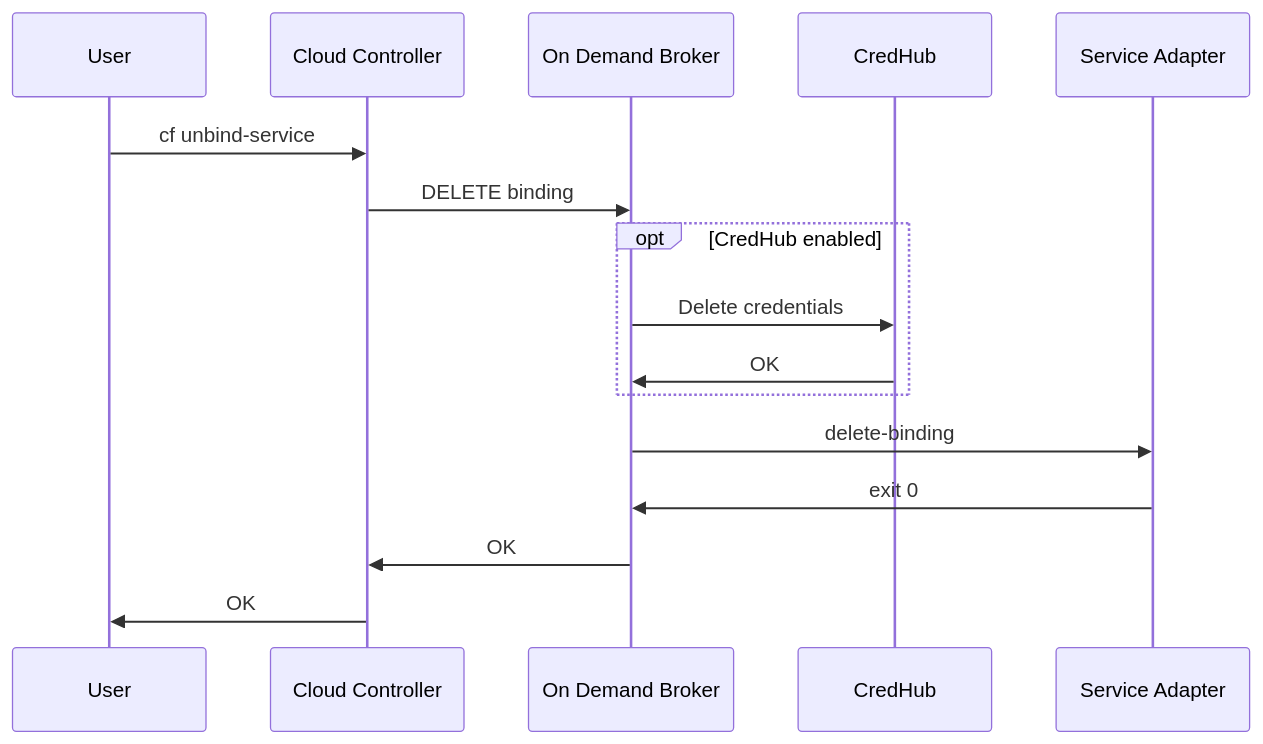
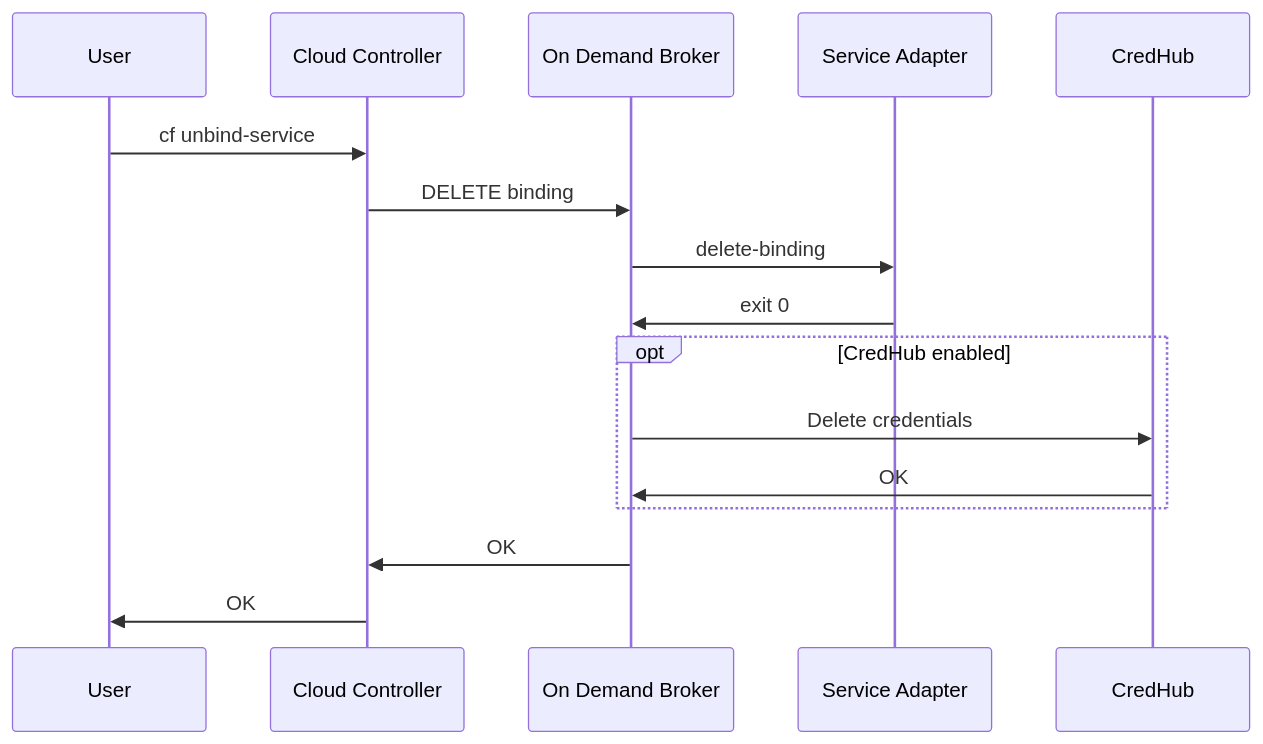
Before and after one commit to pivotal-cf/docs-on-demand-service-broker: the diagram in mmd/unbind_service_workflow.mmd, drawn with Mermaid. The commit also changed other lines of this file, not shown here.

First line of the commit message:
Update unbind sequence diagram docs

```diff
--- a/mmd/unbind_service_workflow.mmd
+++ b/mmd/unbind_service_workflow.mmd
@@ -1,13 +1,13 @@
 <div class="mermaid">
 sequenceDiagram
   User->>Cloud Controller:cf unbind-service
   Cloud Controller->>On Demand Broker:DELETE binding
+  On Demand Broker->>Service Adapter:delete-binding
+  Service Adapter->>On Demand Broker:exit 0
   opt CredHub enabled
   On Demand Broker->>CredHub:Delete credentials
   CredHub->>On Demand Broker:OK
   end
-  On Demand Broker->>Service Adapter:delete-binding
-  Service Adapter->>On Demand Broker:exit 0
   On Demand Broker->>Cloud Controller:OK
   Cloud Controller->>User:OK
 </div>
```
